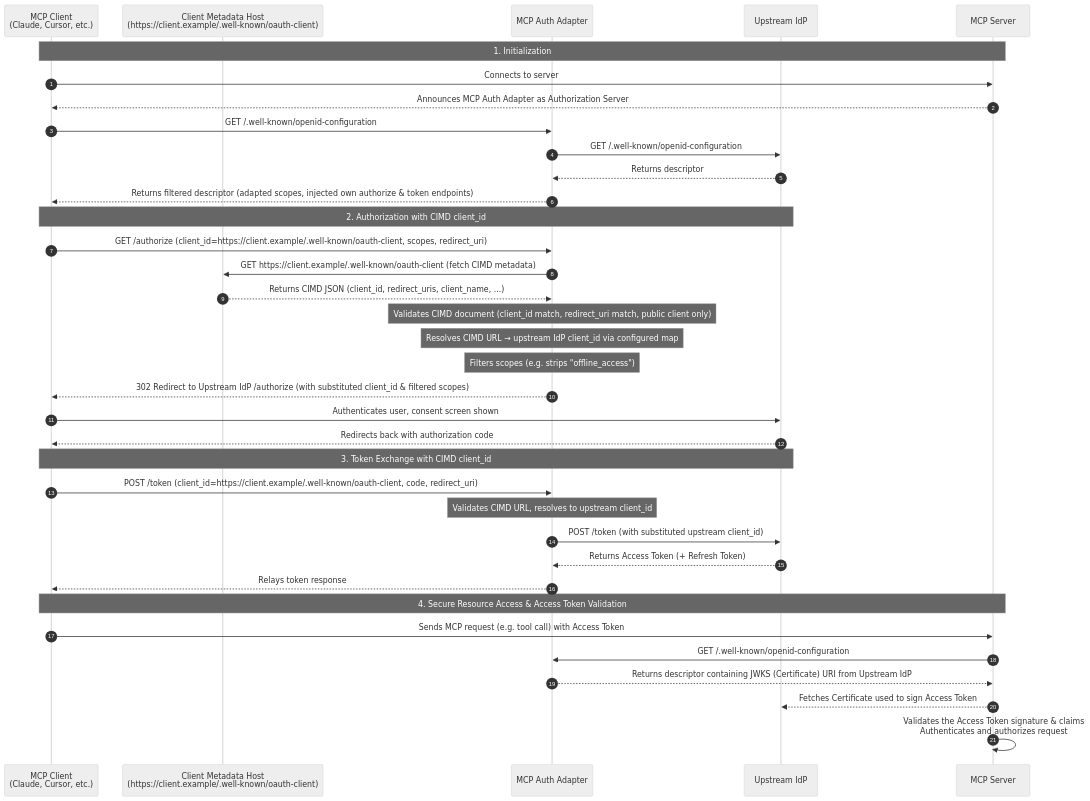
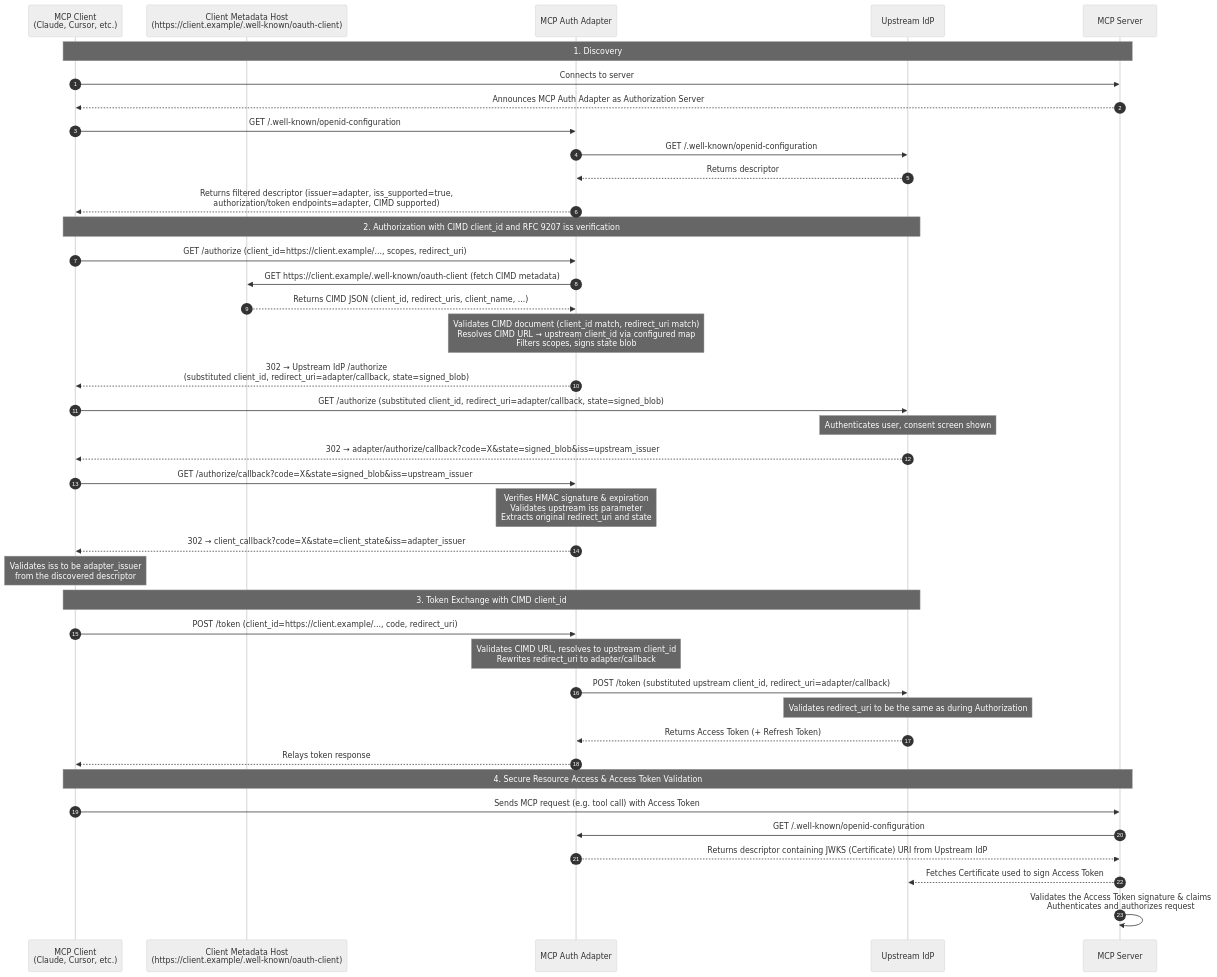
The diagram in docs/mcp_auth_adapter_flow_cimd_scopesfiltering.mermaid (velias/mcp-auth-adapter), drawn with Mermaid (neutral theme) before and after one commit. The commit also changed 30 other files, not shown here.

First line of the commit message:
RFC 9207 iss validation support (#23)

```diff
--- a/docs/mcp_auth_adapter_flow_cimd_scopesfiltering.mermaid
+++ b/docs/mcp_auth_adapter_flow_cimd_scopesfiltering.mermaid
@@ -1,40 +1,45 @@
 sequenceDiagram
     autonumber
     participant Client as MCP Client<br/>(Claude, Cursor, etc.)
     participant ClientHost as Client Metadata Host<br/>(https://client.example/.well-known/oauth-client)
     participant Proxy as MCP Auth Adapter
     participant SSO as Upstream IdP
     participant MCPServer as MCP Server
 
-    Note over Client, MCPServer: 1. Initialization
+    Note over Client, MCPServer: 1. Discovery
     Client->>MCPServer: Connects to server
     MCPServer-->>Client: Announces MCP Auth Adapter as Authorization Server
     Client->>Proxy: GET /.well-known/openid-configuration
     Proxy->>SSO: GET /.well-known/openid-configuration
     SSO-->>Proxy: Returns descriptor
-    Proxy-->>Client: Returns filtered descriptor (adapted scopes, injected own authorize & token endpoints)
+    Proxy-->>Client: Returns filtered descriptor (issuer=adapter, iss_supported=true,<br/>authorization/token endpoints=adapter, CIMD supported)
 
-    Note over Client, SSO: 2. Authorization with CIMD client_id
-    Client->>Proxy: GET /authorize (client_id=https://client.example/.well-known/oauth-client, scopes, redirect_uri)
+    Note over Client, SSO: 2. Authorization with CIMD client_id and RFC 9207 iss verification
+    Client->>Proxy: GET /authorize (client_id=https://client.example/..., scopes, redirect_uri)
     Proxy->>ClientHost: GET https://client.example/.well-known/oauth-client (fetch CIMD metadata)
     ClientHost-->>Proxy: Returns CIMD JSON (client_id, redirect_uris, client_name, ...)
-    Note over Proxy: Validates CIMD document (client_id match, redirect_uri match, public client only)
-    Note over Proxy: Resolves CIMD URL → upstream IdP client_id via configured map
-    Note over Proxy: Filters scopes (e.g. strips "offline_access")
-    Proxy-->>Client: 302 Redirect to Upstream IdP /authorize (with substituted client_id & filtered scopes)
-    Client->>SSO: Authenticates user, consent screen shown
-    SSO-->>Client: Redirects back with authorization code
+    Note over Proxy: Validates CIMD document (client_id match, redirect_uri match)<br/>Resolves CIMD URL → upstream client_id via configured map<br/>Filters scopes, signs state blob
+    Proxy-->>Client: 302 → Upstream IdP /authorize<br/>(substituted client_id, redirect_uri=adapter/callback, state=signed_blob)
+    Client->>SSO:  GET /authorize (substituted client_id, redirect_uri=adapter/callback, state=signed_blob)
+    Note over SSO: Authenticates user, consent screen shown
+    SSO-->>Client: 302 → adapter/authorize/callback?code=X&state=signed_blob&iss=upstream_issuer
+
+    Client->>Proxy: GET /authorize/callback?code=X&state=signed_blob&iss=upstream_issuer
+    Note over Proxy: Verifies HMAC signature & expiration<br/>Validates upstream iss parameter<br/>Extracts original redirect_uri and state
+    Proxy-->>Client: 302 → client_callback?code=X&state=client_state&iss=adapter_issuer
+    Note over Client: Validates iss to be adapter_issuer<br/>from the discovered descriptor
 
     Note over Client, SSO: 3. Token Exchange with CIMD client_id
-    Client->>Proxy: POST /token (client_id=https://client.example/.well-known/oauth-client, code, redirect_uri)
-    Note over Proxy: Validates CIMD URL, resolves to upstream client_id
-    Proxy->>SSO: POST /token (with substituted upstream client_id)
+    Client->>Proxy: POST /token (client_id=https://client.example/..., code, redirect_uri)
+    Note over Proxy: Validates CIMD URL, resolves to upstream client_id<br/>Rewrites redirect_uri to adapter/callback
+    Proxy->>SSO: POST /token (substituted upstream client_id, redirect_uri=adapter/callback)
+    Note over SSO: Validates redirect_uri to be the same as during Authorization
     SSO-->>Proxy: Returns Access Token (+ Refresh Token)
     Proxy-->>Client: Relays token response
 
     Note over Client, MCPServer: 4. Secure Resource Access & Access Token Validation
     Client->>MCPServer: Sends MCP request (e.g. tool call) with Access Token
     MCPServer->>Proxy: GET /.well-known/openid-configuration
     Proxy-->>MCPServer: Returns descriptor containing JWKS (Certificate) URI from Upstream IdP
     MCPServer-->>SSO: Fetches Certificate used to sign Access Token
     MCPServer->>MCPServer: Validates the Access Token signature & claims<br/>Authenticates and authorizes request
```
